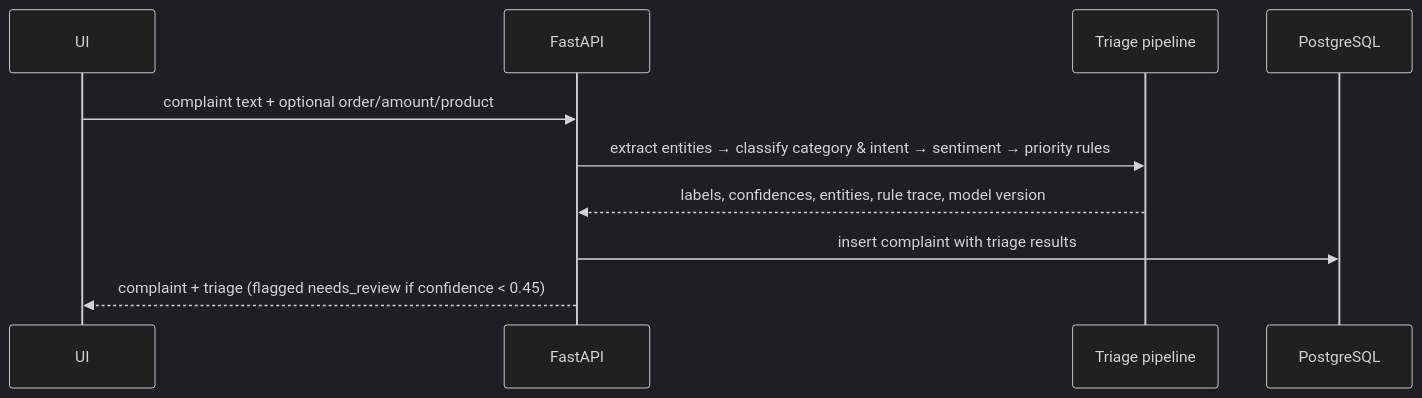
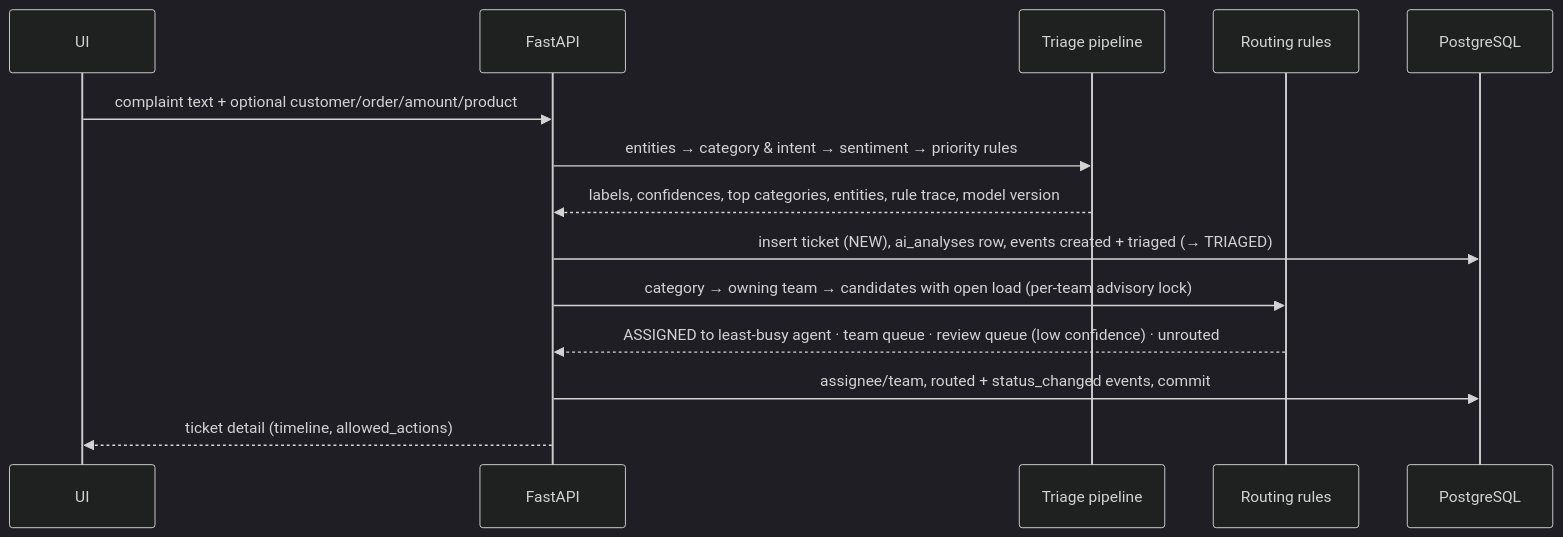
Before and after one commit to trishna0049/complaint-intelligence: the second of 2 diagrams in docs/ARCHITECTURE.md, drawn with Mermaid (dark theme). The commit also changed other lines of this file and 31 other files, not shown here.

First line of the commit message:
Step 5: routing — category → owning team → least-busy agent, low-confidence review queue

````diff
--- a/docs/ARCHITECTURE.md
+++ b/docs/ARCHITECTURE.md
@@ -26,12 +28,16 @@
 ```mermaid
 sequenceDiagram
     participant UI
     participant API as FastAPI
     participant AI as Triage pipeline
+    participant RT as Routing rules
     participant DB as PostgreSQL
-    UI->>API: complaint text + optional order/amount/product
-    API->>AI: extract entities → classify category & intent → sentiment → priority rules
-    AI-->>API: labels, confidences, entities, rule trace, model version
-    API->>DB: insert complaint with triage results
-    API-->>UI: complaint + triage (flagged needs_review if confidence < 0.45)
+    UI->>API: complaint text + optional customer/order/amount/product
+    API->>AI: entities → category & intent → sentiment → priority rules
+    AI-->>API: labels, confidences, top categories, entities, rule trace, model version
+    API->>DB: insert ticket (NEW), ai_analyses row, events created + triaged (→ TRIAGED)
+    API->>RT: category → owning team → candidates with open load (per-team advisory lock)
+    RT-->>API: ASSIGNED to least-busy agent · team queue · review queue (low confidence) · unrouted
+    API->>DB: assignee/team, routed + status_changed events, commit
+    API-->>UI: ticket detail (timeline, allowed_actions)
 ```
````
